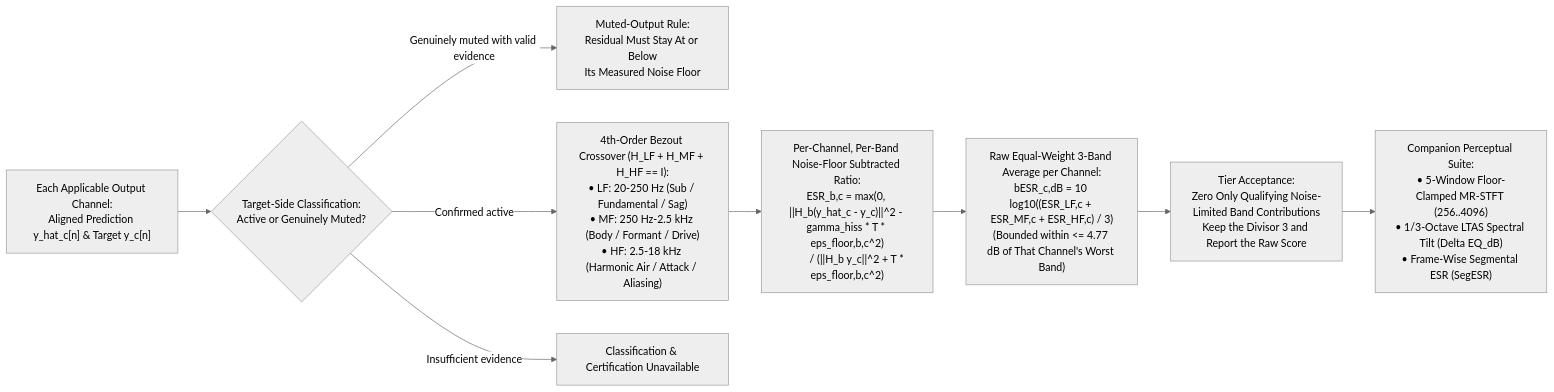
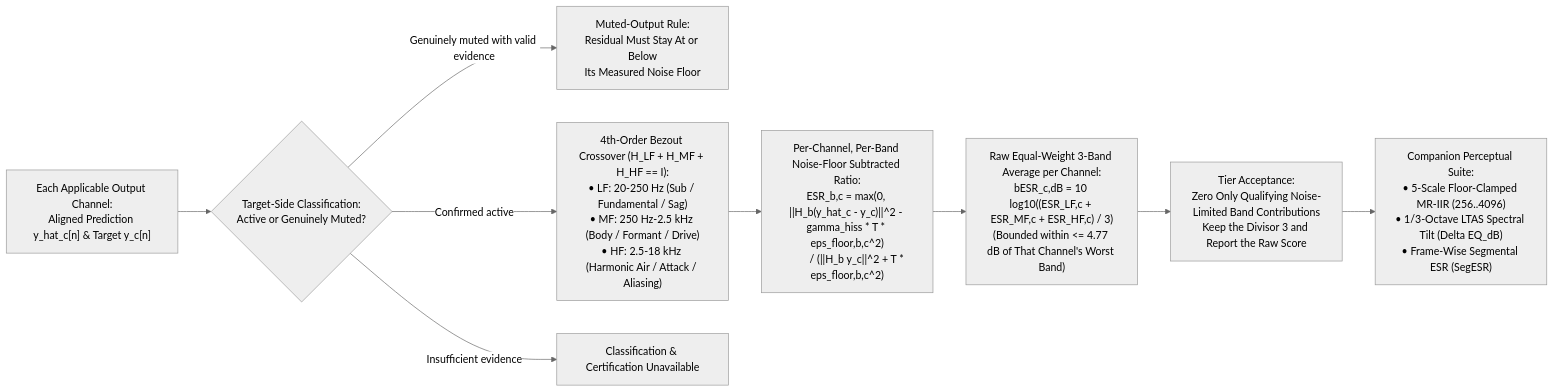
The diagram in docs/specs/architecture/psychoacoustic_quality_and_tiers.md (dnam-project/dnam), drawn with Mermaid (neutral theme) before and after one commit. The commit also changed other lines of this file and 174 other files, not shown here.

````diff
--- a/docs/specs/architecture/psychoacoustic_quality_and_tiers.md
+++ b/docs/specs/architecture/psychoacoustic_quality_and_tiers.md
@@ -29,13 +29,13 @@
 ```mermaid
 flowchart LR
     In["Each Applicable Output Channel:<br/>Aligned Prediction y_hat_c[n] & Target y_c[n]"] --> Gate{"Target-Side Classification:<br/>Active or Genuinely Muted?"}
 
     Gate -- "Genuinely muted with valid evidence" --> MuteEval["Muted-Output Rule:<br/>Residual Must Stay At or Below<br/>Its Measured Noise Floor"]
     Gate -- "Confirmed active" --> Bezout["4th-Order Bezout Crossover (H_LF + H_MF + H_HF == I):<br/>• LF: 20-250 Hz (Sub / Fundamental / Sag)<br/>• MF: 250 Hz-2.5 kHz (Body / Formant / Drive)<br/>• HF: 2.5-18 kHz (Harmonic Air / Attack / Aliasing)"]
     Gate -- "Insufficient evidence" --> Unknown["Classification & Certification Unavailable"]
 
     Bezout --> BandEval["Per-Channel, Per-Band Noise-Floor Subtracted Ratio:<br/>ESR_b,c = max(0, ||H_b(y_hat_c - y_c)||^2 - gamma_hiss * T * eps_floor,b,c^2)<br/>        / (||H_b y_c||^2 + T * eps_floor,b,c^2)"]
     BandEval --> Combine["Raw Equal-Weight 3-Band Average per Channel:<br/>bESR_c,dB = 10 log10((ESR_LF,c + ESR_MF,c + ESR_HF,c) / 3)<br/>(Bounded within <= 4.77 dB of That Channel's Worst Band)"]
     Combine --> Accept["Tier Acceptance:<br/>Zero Only Qualifying Noise-Limited Band Contributions<br/>Keep the Divisor 3 and Report the Raw Score"]
-    Accept --> MultiMetric["Companion Perceptual Suite:<br/>• 5-Window Floor-Clamped MR-STFT (256..4096)<br/>• 1/3-Octave LTAS Spectral Tilt (Delta EQ_dB)<br/>• Frame-Wise Segmental ESR (SegESR)"]
+    Accept --> MultiMetric["Companion Perceptual Suite:<br/>• 5-Scale Floor-Clamped MR-IIR (256..4096)<br/>• 1/3-Octave LTAS Spectral Tilt (Delta EQ_dB)<br/>• Frame-Wise Segmental ESR (SegESR)"]
 ```
````
